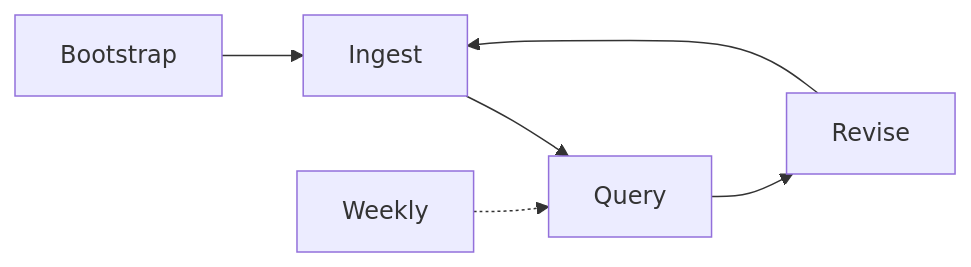
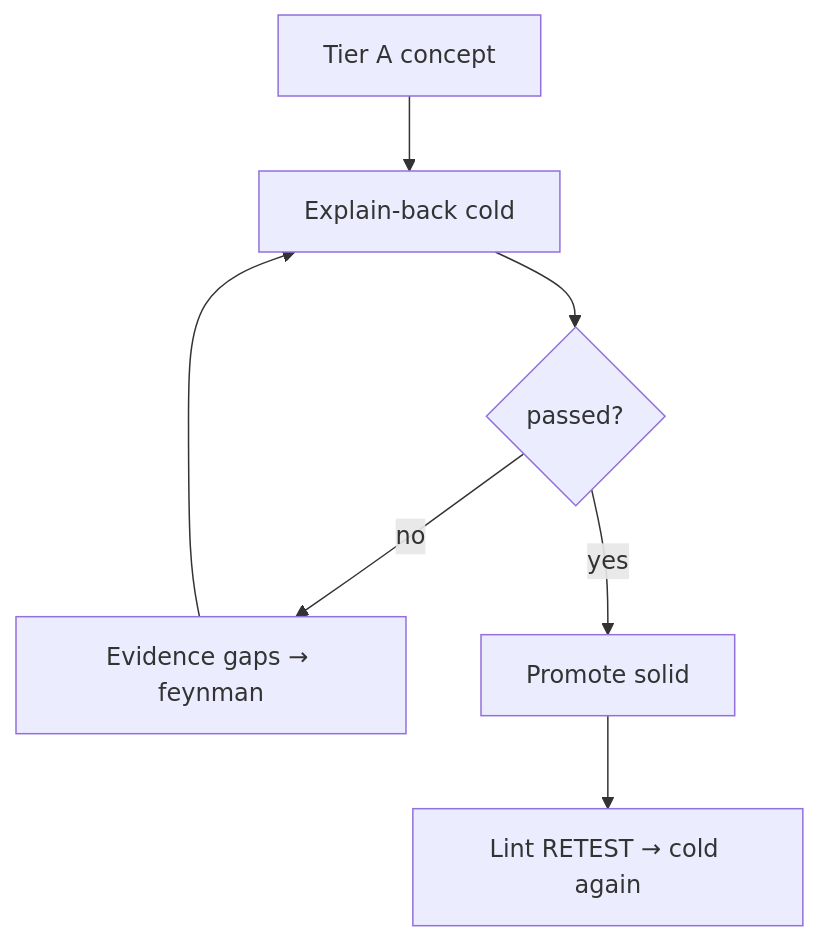
One commit to dylanchen1925/zhuomo changed the diagram in README.md. Above: the diagram before and after it, drawn with Mermaid. The commit also changed other lines of this file and 16 other files, not shown here.

````diff
--- a/README.md
+++ b/README.md
@@ -26,8 +72,9 @@
 ```mermaid
-flowchart LR
-  A[Bootstrap] --> B[Ingest]
-  B --> C[Query]
-  C --> D[Revise]
+flowchart TD
+  A[Tier A concept] --> B["Explain-back cold"]
+  B --> C{passed?}
+  C -->|no| D[Evidence gaps → feynman]
   D --> B
-  W[Weekly] -.-> C
+  C -->|yes| E[Promote solid]
+  E --> F["Lint RETEST → cold again"]
 ```
````
